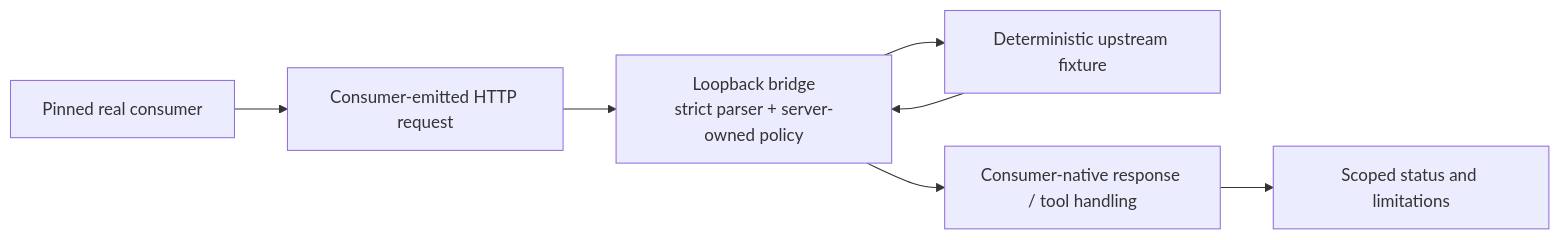
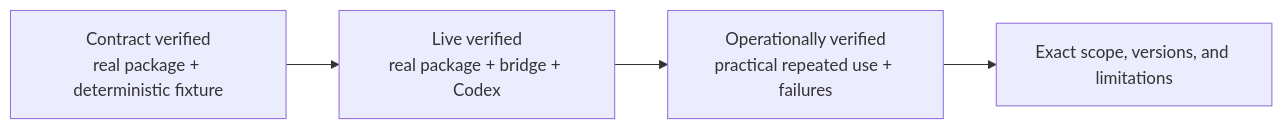
The third of 3 diagrams in README.md (itmst71/codex-openai-bridge), drawn with Mermaid before and after one commit. The commit also changed other lines of this file and 3 other files, not shown here.

````diff
--- a/README.md
+++ b/README.md
@@ -278,11 +305,9 @@
 ```mermaid
 flowchart LR
-    consumer["Pinned real consumer"]
-    request["Consumer-emitted HTTP request"]
-    bridge["Loopback bridge<br/>strict parser + server-owned policy"]
-    fixture["Deterministic upstream fixture"]
-    native["Consumer-native response / tool handling"]
-    status["Scoped status and limitations"]
+    contract["Contract verified<br/>real package + deterministic fixture"]
+    live["Live verified<br/>real package + bridge + Codex"]
+    operational["Operationally verified<br/>practical repeated use + failures"]
+    scoped["Exact scope, versions, and limitations"]
 
-    consumer --> request --> bridge --> fixture --> bridge --> native --> status
+    contract --> live --> operational --> scoped
 ```
````
